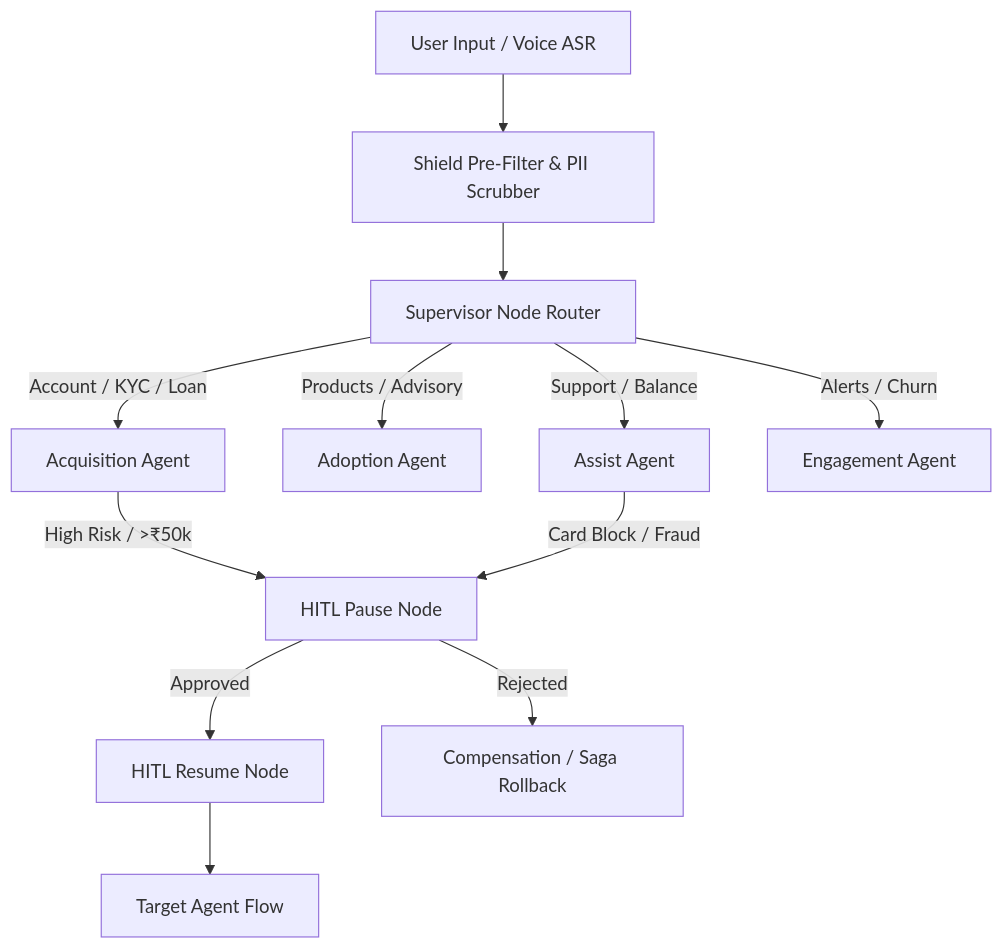
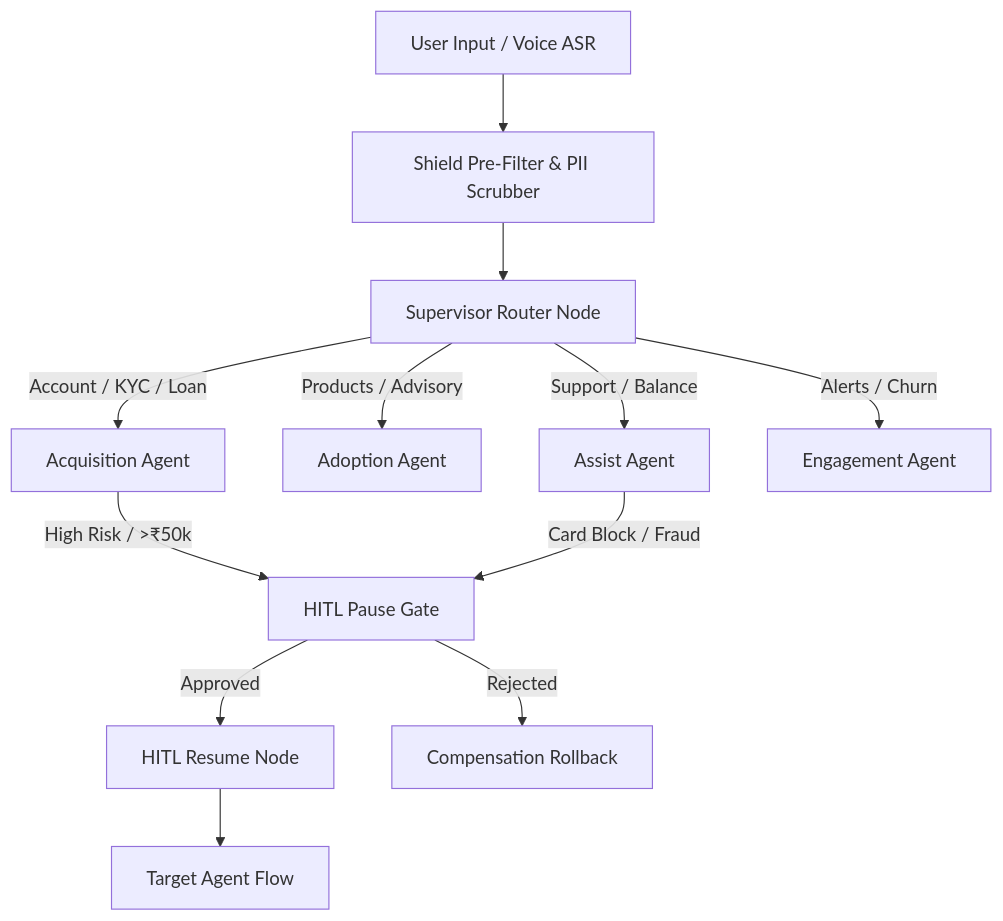
Before and after one commit to Harshal1841A/SBI_Sarthi: the diagram in README.md, drawn with Mermaid. The commit also changed other lines of this file and 47 other files, not shown here.

````diff
--- a/README.md
+++ b/README.md
@@ -21,18 +11,18 @@
 ```mermaid
 graph TD
     User[User Input / Voice ASR] --> Shield[Shield Pre-Filter & PII Scrubber]
-    Shield --> Supervisor[Supervisor Node Router]
+    Shield --> Supervisor[Supervisor Router Node]
     
     Supervisor -->|Account / KYC / Loan| Acquisition[Acquisition Agent]
     Supervisor -->|Products / Advisory| Adoption[Adoption Agent]
     Supervisor -->|Support / Balance| Assist[Assist Agent]
     Supervisor -->|Alerts / Churn| Engagement[Engagement Agent]
     
-    Acquisition -->|High Risk / >₹50k| HITL[HITL Pause Node]
+    Acquisition -->|High Risk / >₹50k| HITL[HITL Pause Gate]
     Assist -->|Card Block / Fraud| HITL
     
     HITL -->|Approved| Resume[HITL Resume Node]
-    HITL -->|Rejected| Compensation[Compensation / Saga Rollback]
+    HITL -->|Rejected| Compensation[Compensation Rollback]
     
     Resume --> Target[Target Agent Flow]
 ```
````
